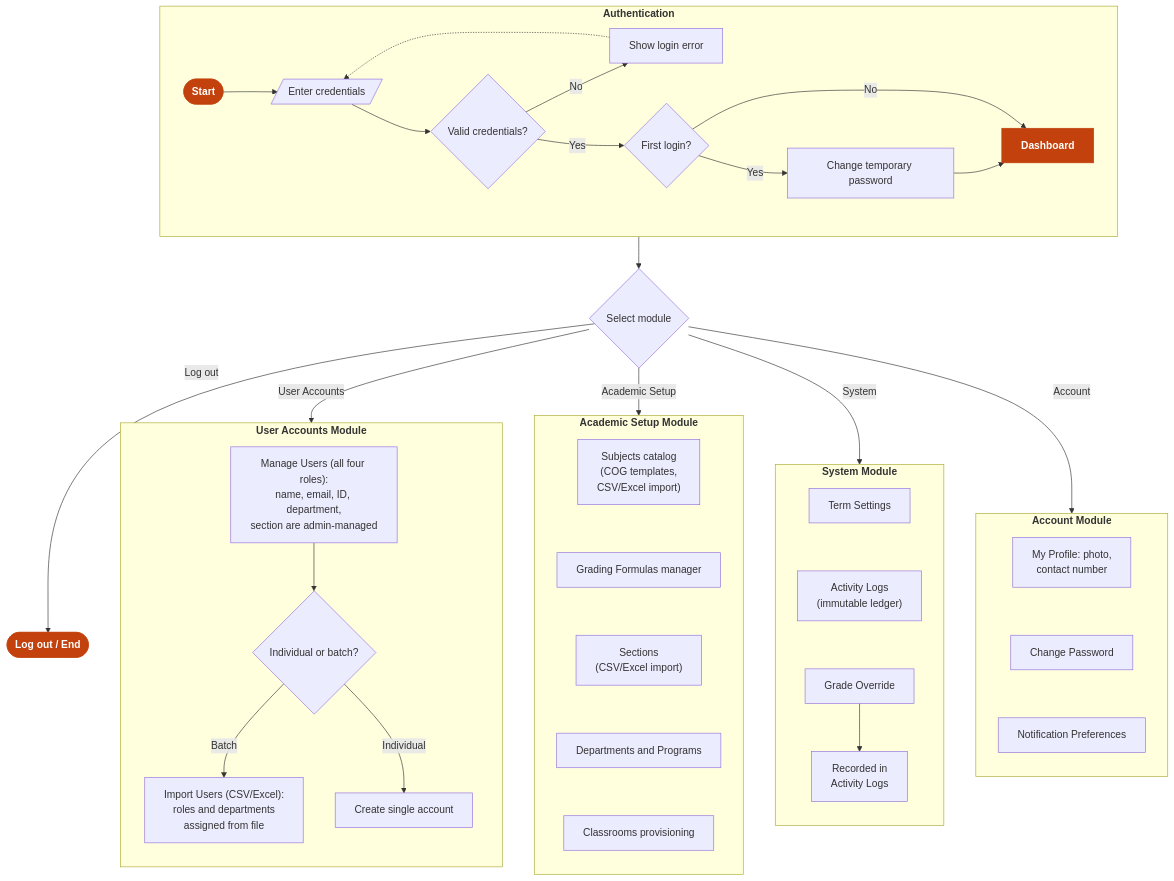
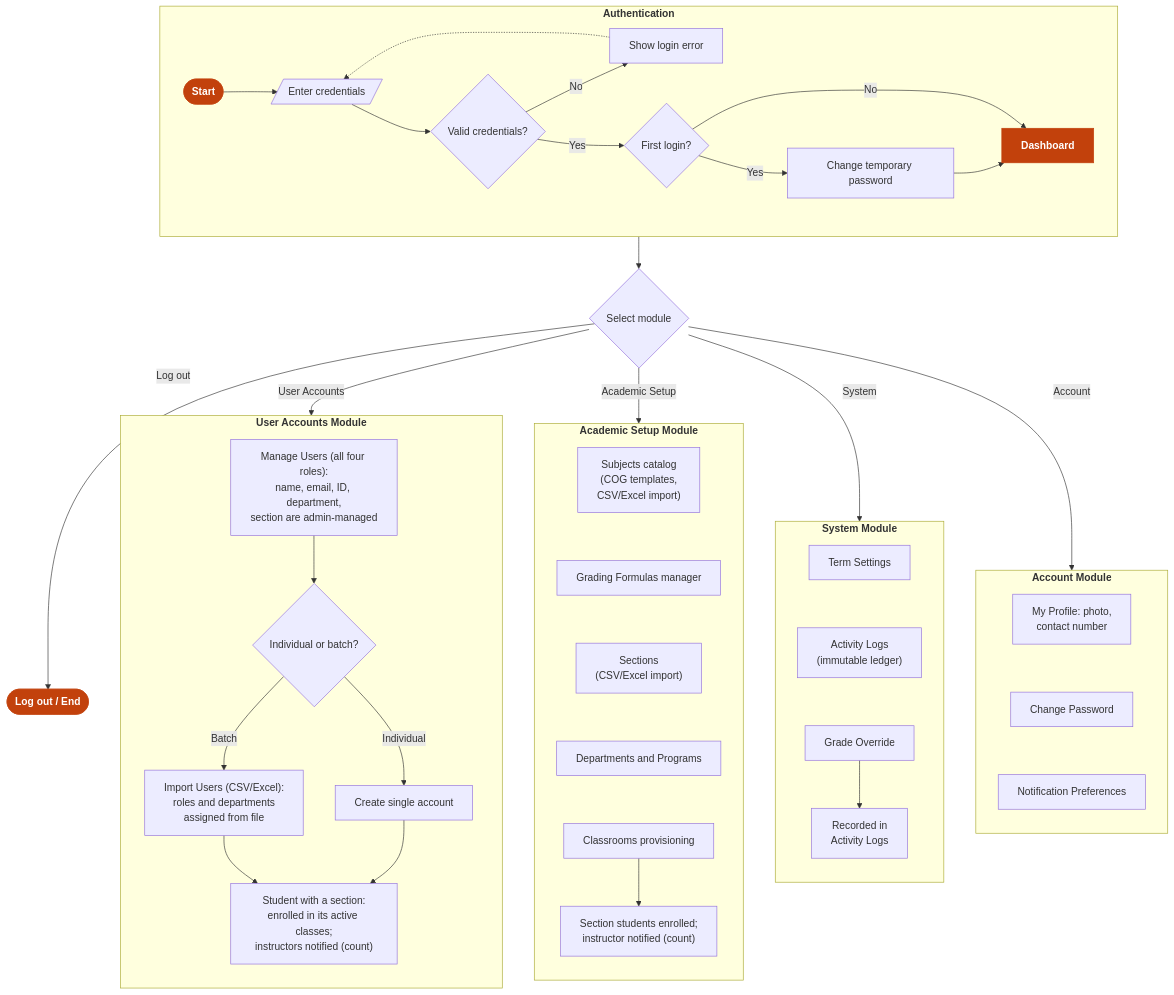
The diagram in docs/02-thesis/figures/Figure-2.5-Flowchart-Admin.mmd (kurarensu16/sage), drawn with Mermaid before and after one commit. The commit also changed 49 other files, not shown here.

```diff
--- a/docs/02-thesis/figures/Figure-2.5-Flowchart-Admin.mmd
+++ b/docs/02-thesis/figures/Figure-2.5-Flowchart-Admin.mmd
@@ -1,60 +1,64 @@
 flowchart TB
 %% ===== Figure 2.5 — Proposed System Flowchart: Admin Portal (updated 2026-10-10) =====
 %% CSV/Excel import for users, subjects, and sections; identity fields admin-managed.
+%% Revised 2026-10-10 (evening): section assignment and classroom provisioning enroll section
+%% students and notify instructors of the count.
 
   SEL{"Select module"}
   OUT(["<b>Log out / End</b>"]):::accent
 
   subgraph LOGIN["<b>Authentication</b>"]
     direction LR
     START(["<b>Start</b>"]):::accent --> CRED[/"Enter credentials"/] --> VALID{"Valid credentials?"}
     VALID -- "No" --> ERR["Show login error"]
     ERR -.-> CRED
     VALID -- "Yes" --> FIRST{"First login?"}
     FIRST -- "Yes" --> CHG["Change temporary password"] --> DASH["<b>Dashboard</b>"]:::accent
     FIRST -- "No" --> DASH
   end
 
   LOGIN --> SEL
   SEL -- "Log out" --> OUT
 
   SEL -- "User Accounts" --> UM
   SEL -- "Academic Setup" --> AM
   SEL -- "System" --> YM
   SEL -- "Account" --> NM
 
   subgraph UM["<b>User Accounts Module</b>"]
     direction TB
     U1["Manage Users (all four roles):<br/>name, email, ID, department,<br/>section are admin-managed"] --> UQ{"Individual or batch?"}
     UQ -- "Batch" --> UB["Import Users (CSV/Excel):<br/>roles and departments<br/>assigned from file"]
     UQ -- "Individual" --> US["Create single account"]
+    UB --> UE["Student with a section:<br/>enrolled in its active classes;<br/>instructors notified (count)"]
+    US --> UE
   end
 
   subgraph AM["<b>Academic Setup Module</b>"]
     direction TB
     A1["Subjects catalog<br/>(COG templates,<br/>CSV/Excel import)"]
     A2["Grading Formulas manager"]
     A3["Sections<br/>(CSV/Excel import)"]
     A4["Departments and Programs"]
-    A5["Classrooms provisioning"]
+    A5["Classrooms provisioning"] --> A6["Section students enrolled;<br/>instructor notified (count)"]
     A1 ~~~ A2 ~~~ A3 ~~~ A4 ~~~ A5
   end
 
   subgraph YM["<b>System Module</b>"]
     direction TB
     Y1["Term Settings"]
     Y2["Activity Logs<br/>(immutable ledger)"]
     Y3["Grade Override"] --> Y4["Recorded in<br/>Activity Logs"]
     Y1 ~~~ Y2 ~~~ Y3
   end
 
   subgraph NM["<b>Account Module</b>"]
     direction TB
     N1["My Profile: photo,<br/>contact number"]
     N2["Change Password"]
     N3["Notification Preferences"]
     N1 ~~~ N2 ~~~ N3
   end
 
 
   classDef accent fill:#C2410C,stroke:#C2410C,color:#FFFFFF;
```
